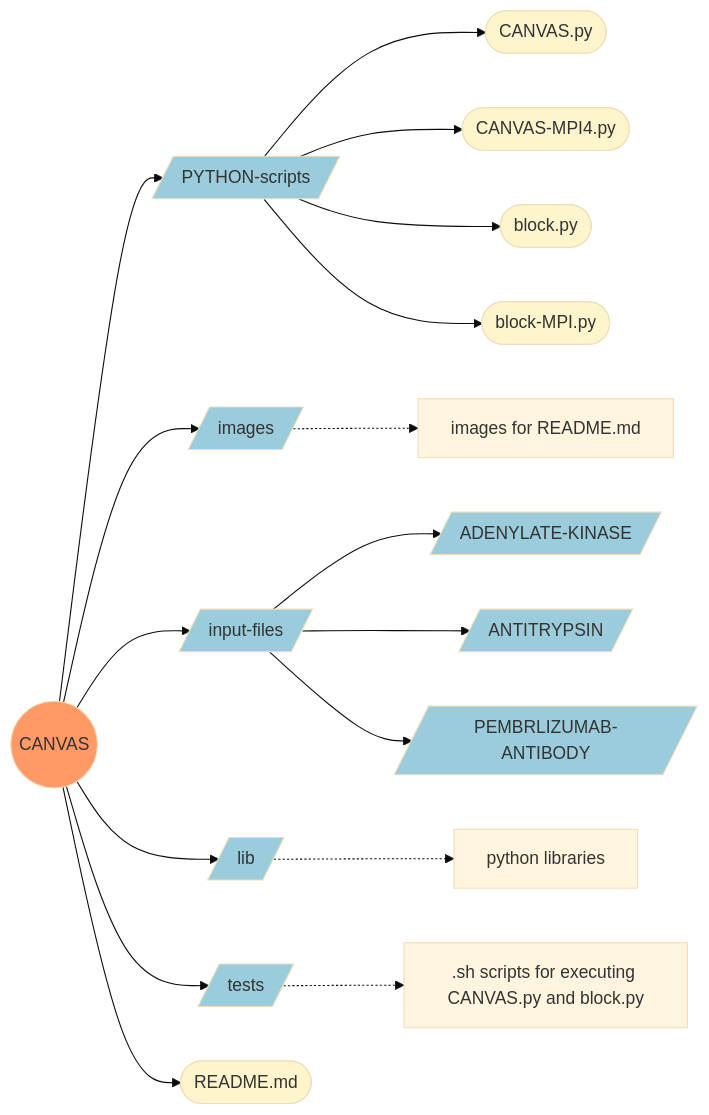
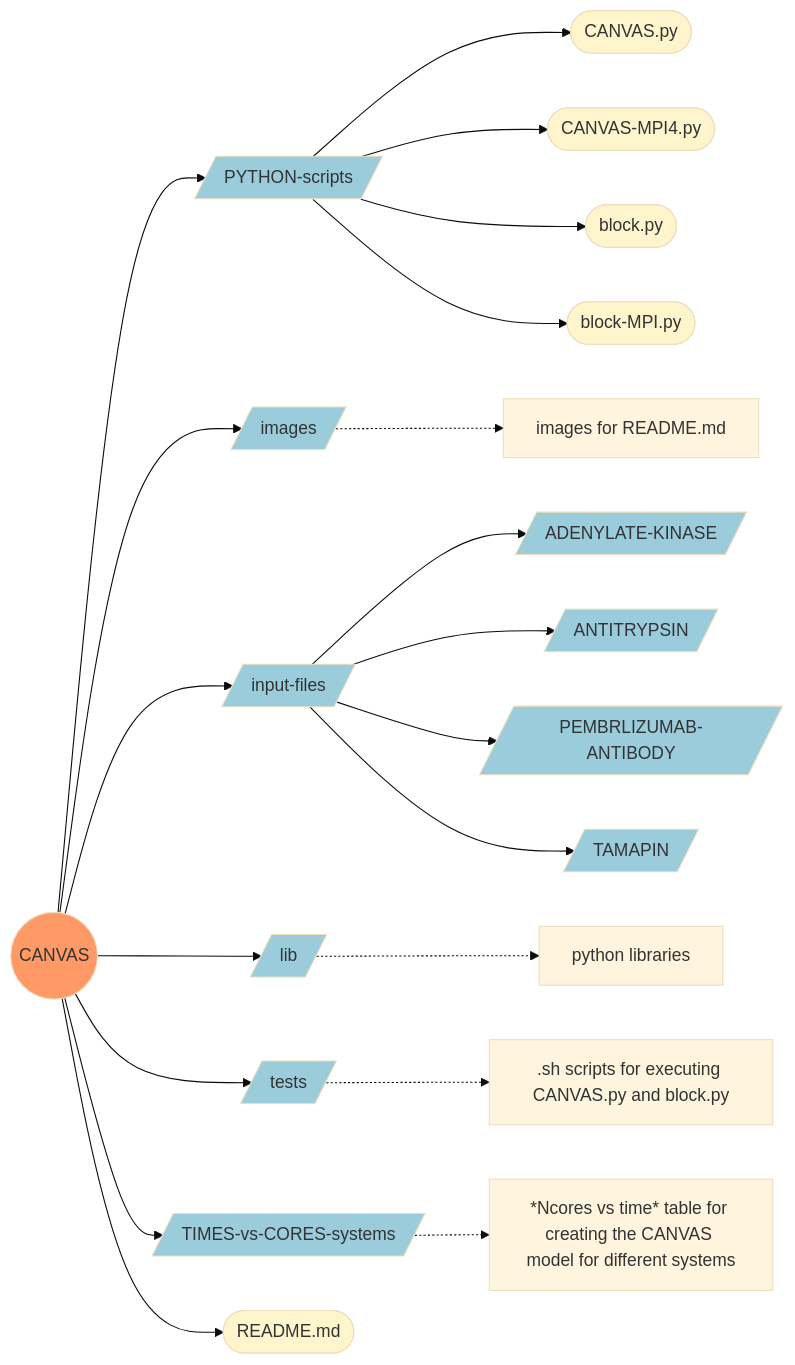
The diagram in README.md (potestiolab/canvas), drawn with Mermaid (base theme) before and after one commit. The commit also changed other lines of this file, not shown here.

````diff
--- a/README.md
+++ b/README.md
@@ -70,39 +70,45 @@
 ```mermaid
 flowchart LR
     id1((CANVAS))-->id2[/PYTHON-scripts/]
     style id1 fill:#f96
     style id2 fill:#9accdc
     style id3 fill:#9accdc
     style id4 fill:#9accdc
     style id5 fill:#9accdc
     style id6 fill:#9accdc
+    style id12 fill:#9accdc   
     style idT1 fill:#9accdc
     style idT2 fill:#9accdc
     style idT3 fill:#9accdc
+    style idT4 fill:#9accdc  
     style id7 fill:#fef5cc
     style id8 fill:#fef5cc
     style id9 fill:#fef5cc
     style id10 fill:#fef5cc
     style id11 fill:#fef5cc
 
     id1-->id3[/images/];
     id1-->id4[/input-files/];
     id1-->id5[/lib/]; 
     id1-->id6[/tests/];
+    id1-->id12[/TIMES-vs-CORES-systems/]
     id1-->id7([README.md]);
 
     id2-->id8([CANVAS.py]); 
     id2-->id10([CANVAS-MPI4.py])
     id2-->id9([block.py])
     id2-->id11([block-MPI.py])
 
     id3-.->idI[images for README.md]
     
     id4-->idT1[/ADENYLATE-KINASE/]
     id4-->idT2[/ANTITRYPSIN/]
     id4-->idT3[/PEMBRLIZUMAB-ANTIBODY/]
+    id4-->idT4[/TAMAPIN/]
 
     id5-.->idA[python libraries] 
 
     id6-.->idTest[.sh scripts for executing CANVAS.py and block.py]  
+    
+    id12-.->idDat[*Ncores vs time* table for creating the CANVAS model for different systems]
 ```
````
